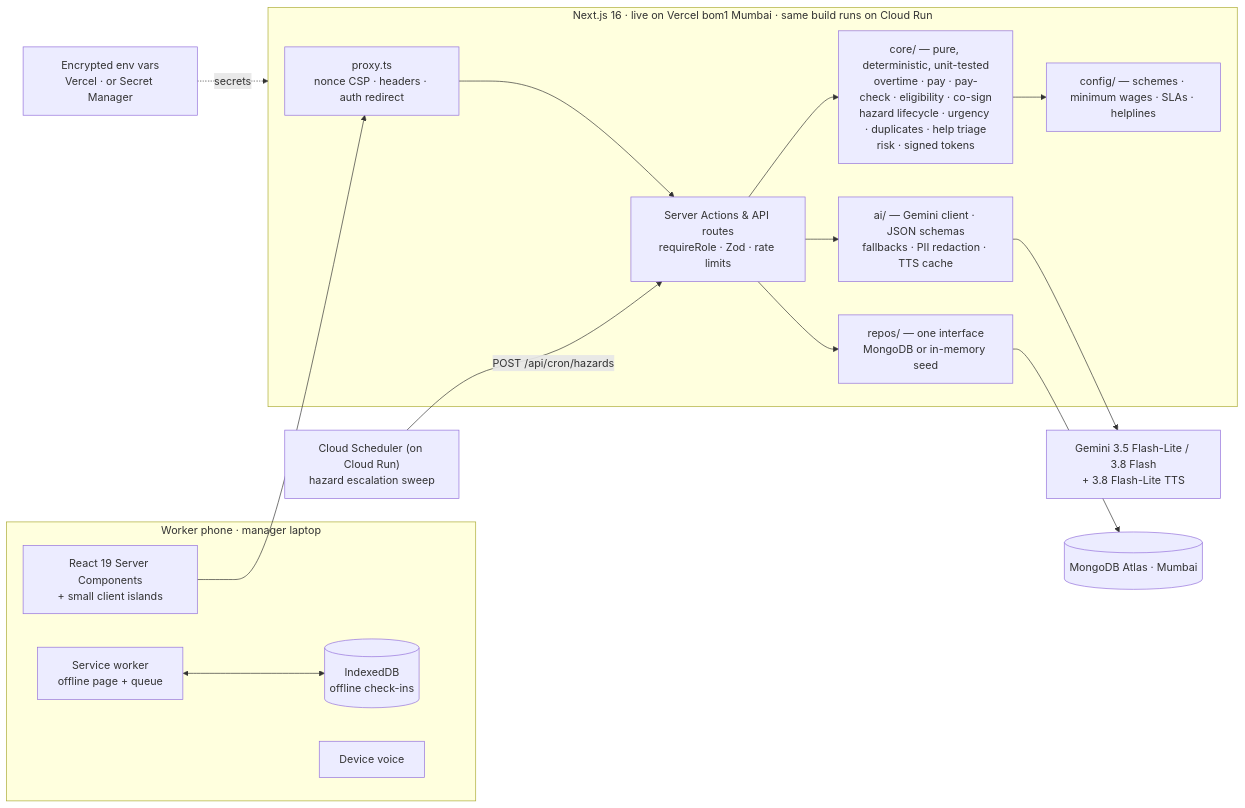
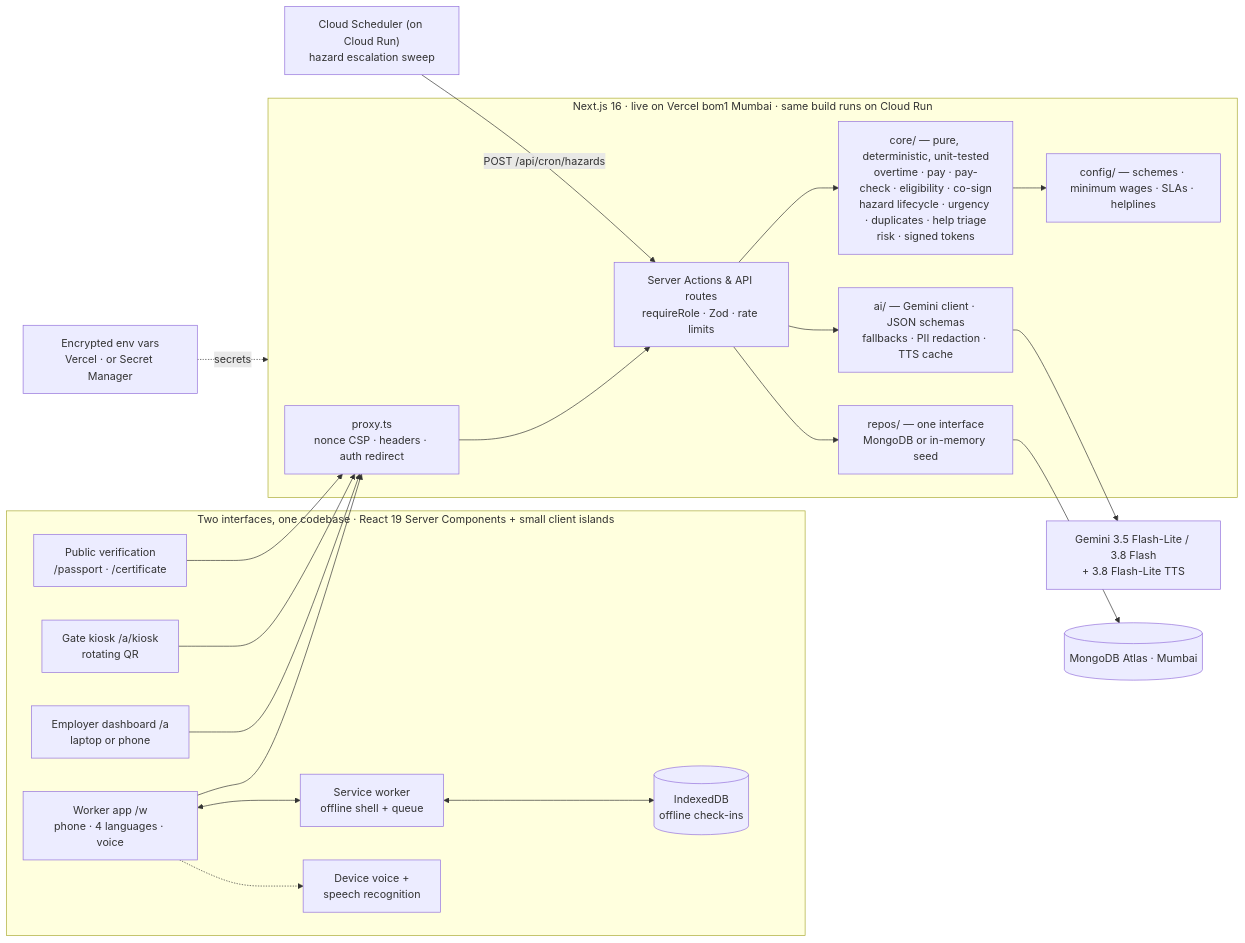
The diagram in README.md (amanmaskara04/fairshift), drawn with Mermaid before and after one commit. The commit also changed other lines of this file, not shown here.

First line of the commit message:
docs: map the brief point by point and show both interfaces in the architecture

````diff
--- a/README.md
+++ b/README.md
@@ -95,32 +137,40 @@
 ```mermaid
 flowchart LR
-    subgraph Phone["Worker phone · manager laptop"]
-        UI["React 19 Server Components<br/>+ small client islands"]
-        SW["Service worker<br/>offline page + queue"]
+    subgraph Clients["Two interfaces, one codebase · React 19 Server Components + small client islands"]
+        W["Worker app /w<br/>phone · 4 languages · voice"]
+        A["Employer dashboard /a<br/>laptop or phone"]
+        K["Gate kiosk /a/kiosk<br/>rotating QR"]
+        V["Public verification<br/>/passport · /certificate"]
+        SW["Service worker<br/>offline shell + queue"]
         IDB[("IndexedDB<br/>offline check-ins")]
-        TTS1["Device voice"]
+        TTS1["Device voice +<br/>speech recognition"]
     end
 
     subgraph Run["Next.js 16 · live on Vercel bom1 Mumbai · same build runs on Cloud Run"]
         PX["proxy.ts<br/>nonce CSP · headers · auth redirect"]
         SA["Server Actions & API routes<br/>requireRole · Zod · rate limits"]
         CORE["core/ — pure, deterministic, unit-tested<br/>overtime · pay · pay-check · eligibility · co-sign<br/>hazard lifecycle · urgency · duplicates · help triage<br/>risk · signed tokens"]
         CFG["config/ — schemes · minimum wages · SLAs · helplines"]
         AI["ai/ — Gemini client · JSON schemas<br/>fallbacks · PII redaction · TTS cache"]
         REPO["repos/ — one interface<br/>MongoDB or in-memory seed"]
     end
 
     GEM["Gemini 3.5 Flash-Lite / 3.8 Flash<br/>+ 3.8 Flash-Lite TTS"]
     DB[("MongoDB Atlas · Mumbai")]
     SM["Encrypted env vars<br/>Vercel · or Secret Manager"]
     SCH["Cloud Scheduler (on Cloud Run)<br/>hazard escalation sweep"]
 
-    UI --> PX --> SA
-    SW <--> IDB
+    W --> PX
+    A --> PX
+    K --> PX
+    V --> PX
+    PX --> SA
+    W <--> SW <--> IDB
+    W -.-> TTS1
     SA --> CORE
     CORE --> CFG
     SA --> AI --> GEM
     SA --> REPO --> DB
     SM -. secrets .-> Run
     SCH -- "POST /api/cron/hazards" --> SA
 ```
````
